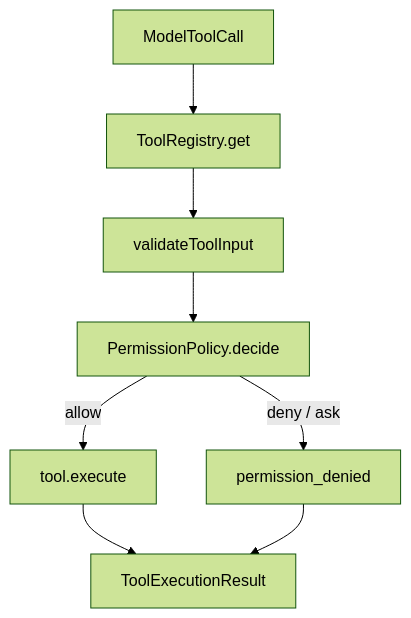
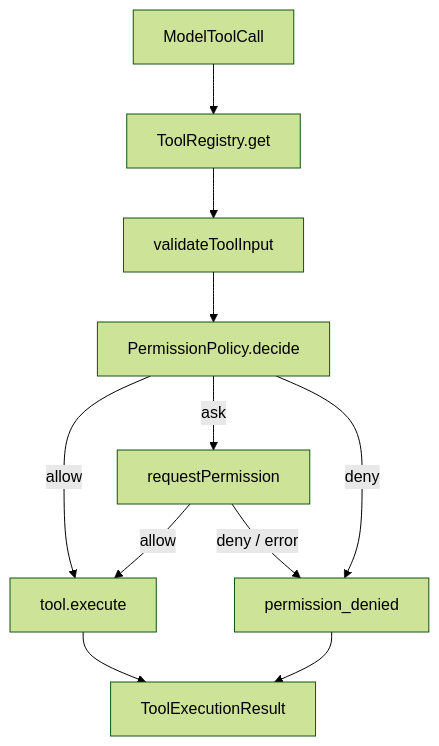
Before and after one commit to fish-tian/mini-ccode: the diagram in docs/06-permission.md, drawn with Mermaid (forest theme). The commit also changed other lines of this file and 18 other files, not shown here.

````diff
--- a/docs/06-permission.md
+++ b/docs/06-permission.md
@@ -35,10 +43,13 @@
 ```mermaid
 flowchart TD
   A["ModelToolCall"] --> B["ToolRegistry.get"]
   B --> C["validateToolInput"]
   C --> D["PermissionPolicy.decide"]
   D -->|allow| E["tool.execute"]
-  D -->|deny / ask| F["permission_denied"]
+  D -->|ask| H["requestPermission"]
+  H -->|allow| E
+  H -->|deny / error| F["permission_denied"]
+  D -->|deny| F["permission_denied"]
   E --> G["ToolExecutionResult"]
   F --> G
 ```
````
